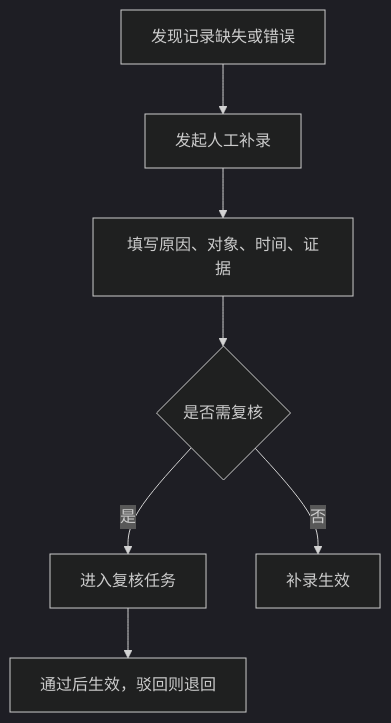
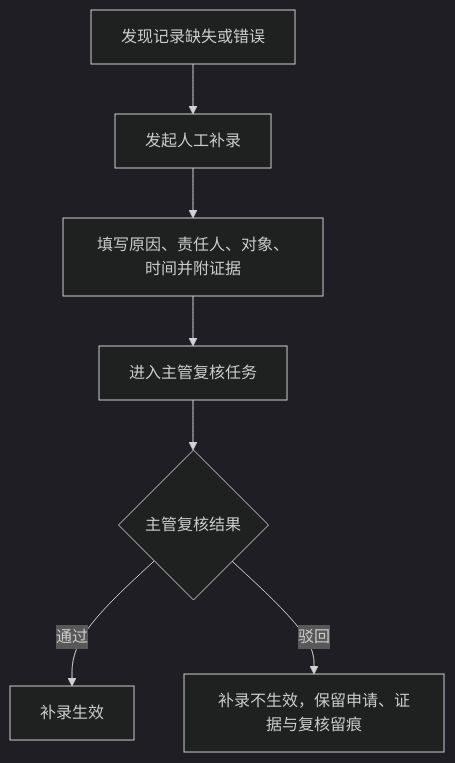
The second of 4 diagrams in docs/evidence-risk-control-product-prd-v0.1.md (jxh1979/mall), drawn with Mermaid (dark theme) before and after one commit. The commit also changed other lines of this file and 9 other files, not shown here.

````diff
--- a/docs/evidence-risk-control-product-prd-v0.1.md
+++ b/docs/evidence-risk-control-product-prd-v0.1.md
@@ -168,9 +168,9 @@
 ```mermaid
 flowchart TD
   A["发现记录缺失或错误"] --> B["发起人工补录"]
-  B --> C["填写原因、对象、时间、证据"]
-  C --> D{"是否需复核"}
-  D -- 是 --> E["进入复核任务"]
-  D -- 否 --> F["补录生效"]
-  E --> G["通过后生效，驳回则退回"]
+  B --> C["填写原因、责任人、对象、时间并附证据"]
+  C --> D["进入主管复核任务"]
+  D --> E{"主管复核结果"}
+  E -- 通过 --> F["补录生效"]
+  E -- 驳回 --> G["补录不生效，保留申请、证据与复核留痕"]
 ```
````
